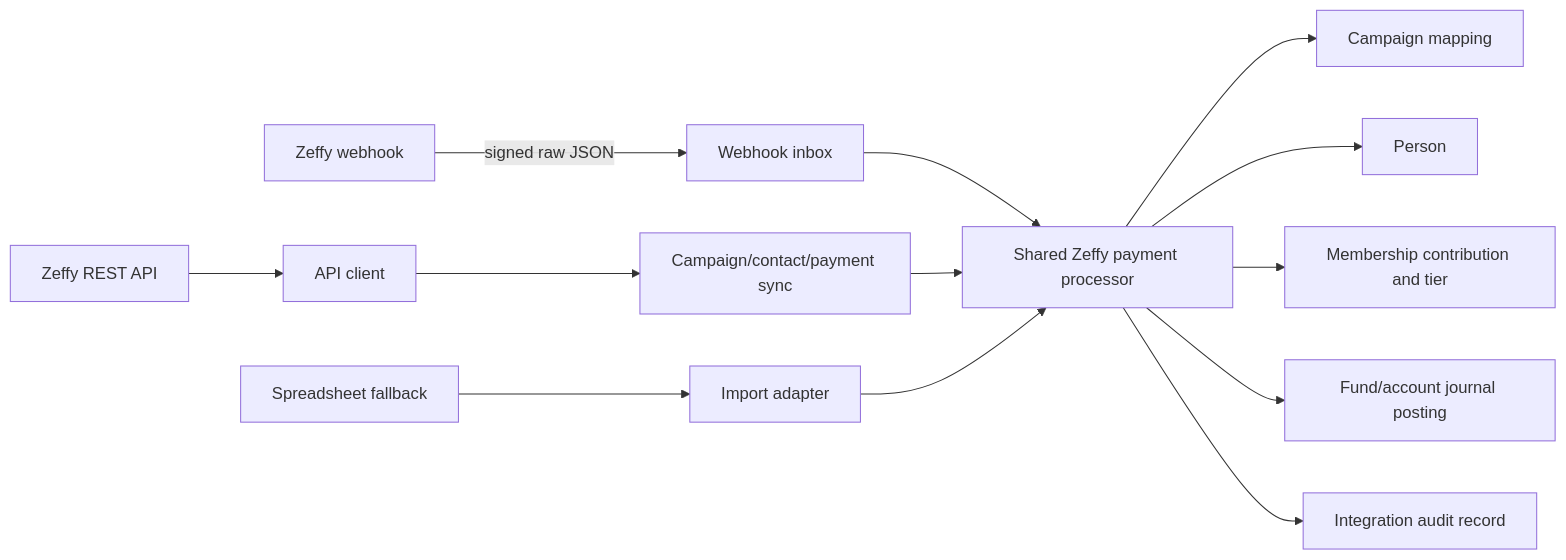
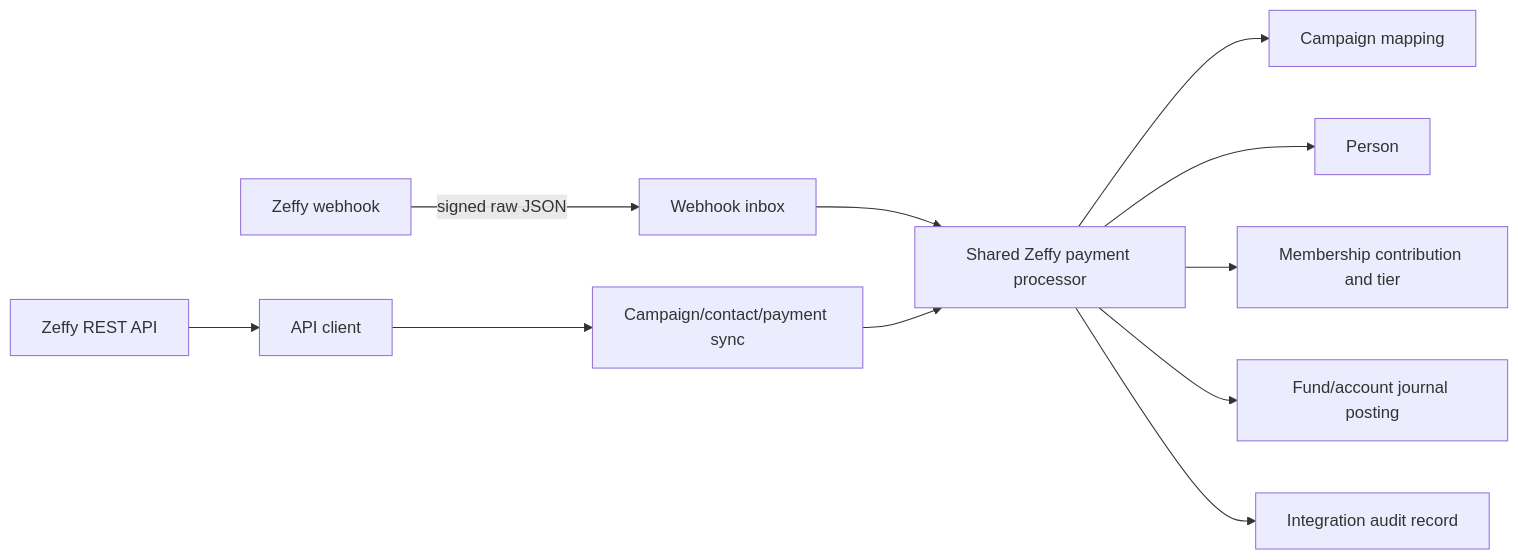
Before and after one commit to cevasark/svirerp: the diagram in zeffyIntegration.md, drawn with Mermaid. The commit also changed other lines of this file and 73 other files, not shown here.

````diff
--- a/zeffyIntegration.md
+++ b/zeffyIntegration.md
@@ -143,15 +144,13 @@
 ```mermaid
 flowchart LR
     ZW[Zeffy webhook] -->|signed raw JSON| WI[Webhook inbox]
     ZA[Zeffy REST API] --> AC[API client]
     AC --> CS[Campaign/contact/payment sync]
     WI --> PP[Shared Zeffy payment processor]
     CS --> PP
-    FI[Spreadsheet fallback] --> IA[Import adapter]
-    IA --> PP
     PP --> CM[Campaign mapping]
     PP --> P[Person]
     PP --> M[Membership contribution and tier]
     PP --> F[Fund/account journal posting]
     PP --> AR[Integration audit record]
 ```
````
